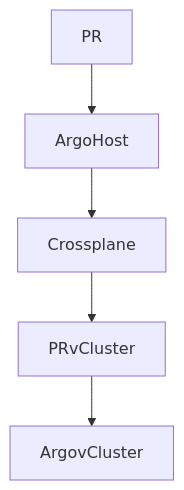
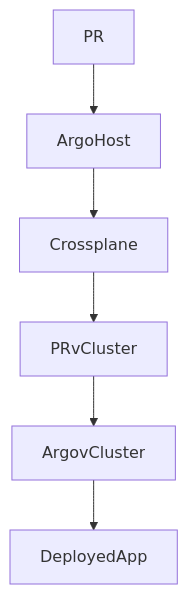
Before and after one commit to loft-demos/vcluster-platform-demo-app-template: the diagram in vcluster-gitops/crossplane/vcluster-pull-request-environment/README.md, drawn with Mermaid.

````diff
--- a/vcluster-gitops/crossplane/vcluster-pull-request-environment/README.md
+++ b/vcluster-gitops/crossplane/vcluster-pull-request-environment/README.md
@@ -38,7 +38,8 @@
 ```mermaid
 graph TD;
     PR-->ArgoHost;
     ArgoHost-->Crossplane;
     Crossplane-->PRvCluster;
     PRvCluster-->ArgovCluster;
+    ArgovCluster-->DeployedApp;
 ```
````
